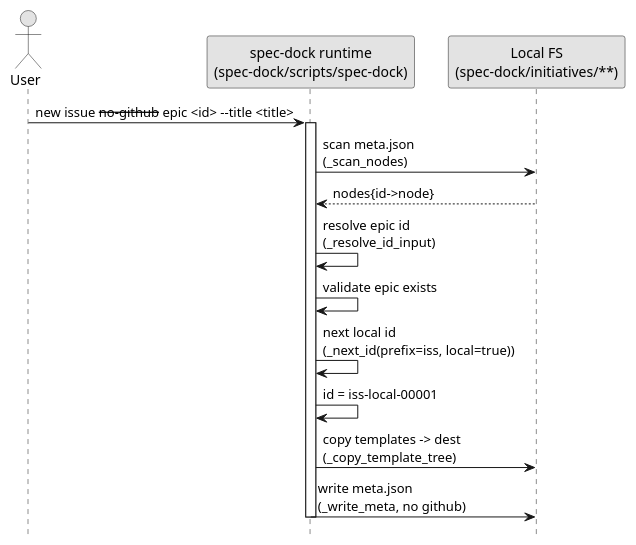
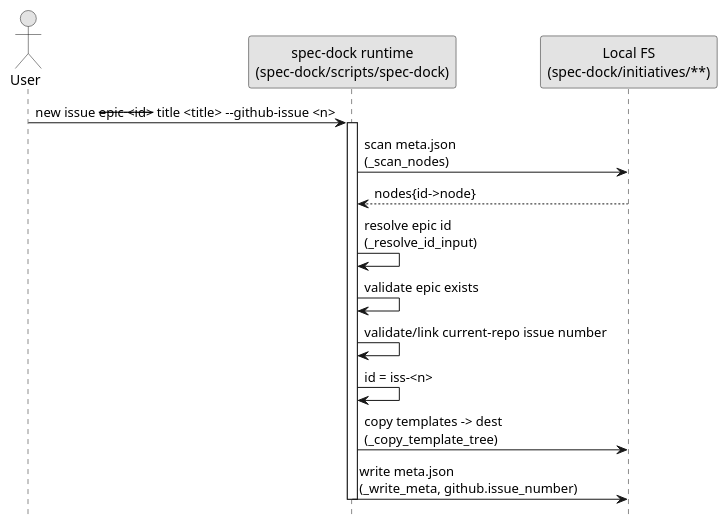
One commit to chemitaro/spec-dock changed the second of 3 diagrams in docs/github-issue-integration.md. Above: the diagram before and after it, drawn with PlantUML. The commit also changed other lines of this file and 17 other files, not shown here.

````diff
--- a/docs/github-issue-integration.md
+++ b/docs/github-issue-integration.md
@@ -176,27 +171,27 @@
 ```plantuml
 @startuml
 skinparam monochrome true
 hide footbox
 
 actor User
 participant "spec-dock runtime\n(spec-dock/scripts/spec-dock)" as Script
 participant "Local FS\n(spec-dock/initiatives/**)" as FS
 
-User -> Script: new issue --no-github --epic <id> --title <title>
+User -> Script: new issue --epic <id> --title <title> --github-issue <n>
 activate Script
 
 Script -> FS: scan meta.json\n(_scan_nodes)
 FS --> Script: nodes{id->node}
 
 Script -> Script: resolve epic id\n(_resolve_id_input)
 Script -> Script: validate epic exists
 
-Script -> Script: next local id\n(_next_id(prefix=iss, local=true))
-Script -> Script: id = iss-local-00001
+Script -> Script: validate/link current-repo issue number
+Script -> Script: id = iss-<n>
 
 Script -> FS: copy templates -> dest\n(_copy_template_tree)
-Script -> FS: write meta.json\n(_write_meta, no github)
+Script -> FS: write meta.json\n(_write_meta, github.issue_number)
 
 deactivate Script
 @enduml
 ```
````
